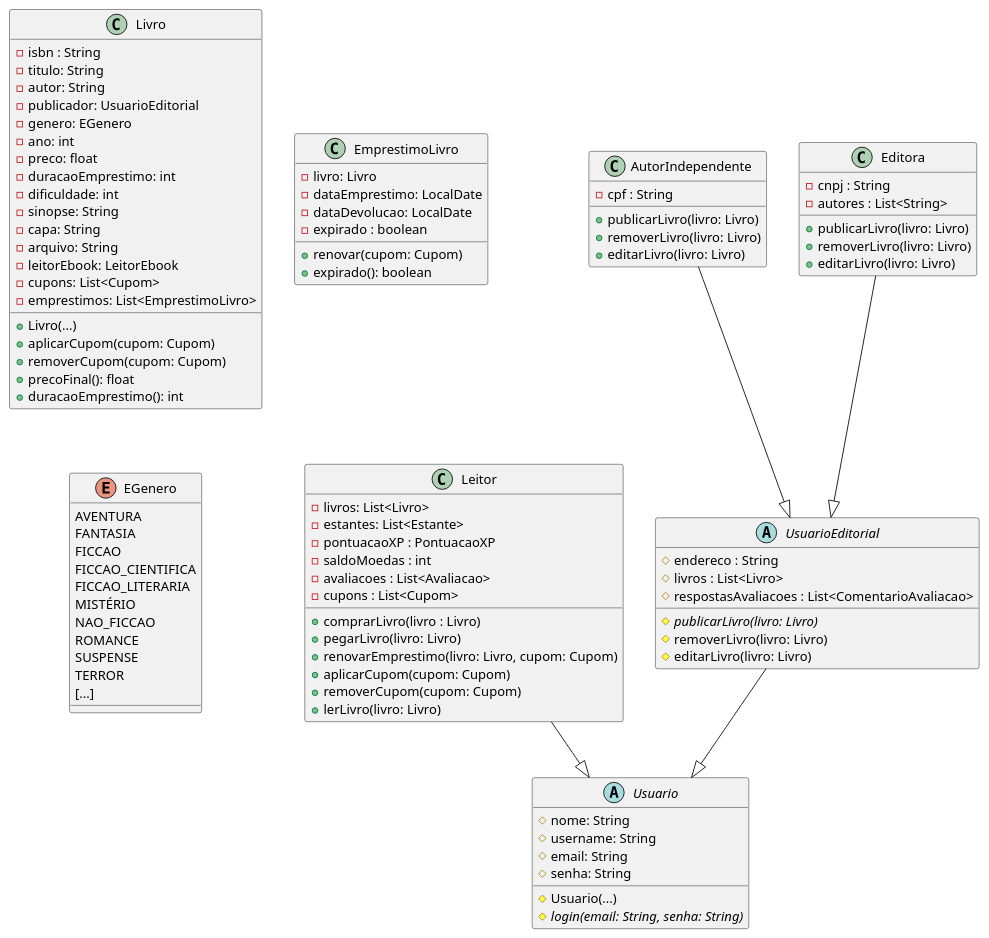
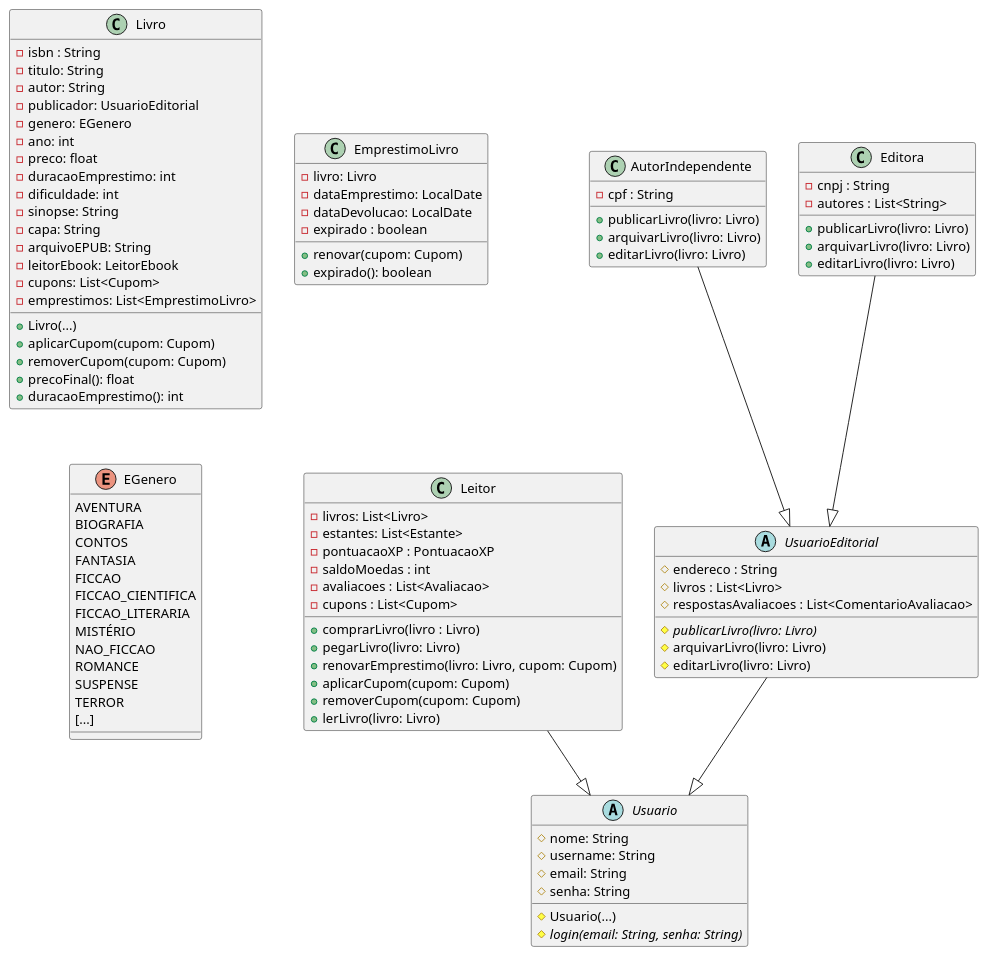
Before and after one commit to jalv21/iLib: the diagram in docs/codigo-plantuml/diagrama-classe.puml, drawn with PlantUML.

Commit message:
docs/alterando métodos do CRUD de livros

```diff
--- a/docs/codigo-plantuml/diagrama-classe.puml
+++ b/docs/codigo-plantuml/diagrama-classe.puml
@@ -1,105 +1,107 @@
 @startuml diagrama-de-classes
 
 ' Usuários e suas funções e permissões no sistema
 
 abstract class Usuario {
     # nome: String
     # username: String
     # email: String
     # senha: String
     # Usuario(...)
     # login(email: String, senha: String) {abstract}
 }
 
 class Leitor {
     - livros: List<Livro>
     - estantes: List<Estante>
     - pontuacaoXP : PontuacaoXP
     - saldoMoedas : int
     - avaliacoes : List<Avaliacao>
     - cupons : List<Cupom>
     + comprarLivro(livro : Livro)
     + pegarLivro(livro: Livro)
     + renovarEmprestimo(livro: Livro, cupom: Cupom)
     + aplicarCupom(cupom: Cupom)
     + removerCupom(cupom: Cupom)
     + lerLivro(livro: Livro)
 }
 Leitor --|> Usuario
 
 abstract class UsuarioEditorial {
     # endereco : String
     # livros : List<Livro>
     # respostasAvaliacoes : List<ComentarioAvaliacao>
     # publicarLivro(livro: Livro) {abstract}
-    # removerLivro(livro: Livro)
+    # arquivarLivro(livro: Livro)
     # editarLivro(livro: Livro)
 }
 UsuarioEditorial --|> Usuario
 
 class AutorIndependente {
     - cpf : String
     + publicarLivro(livro: Livro)
-    + removerLivro(livro: Livro)
+    + arquivarLivro(livro: Livro)
     + editarLivro(livro: Livro)
 }
 AutorIndependente --|> UsuarioEditorial
 
 class Editora {
     - cnpj : String
     - autores : List<String>
     + publicarLivro(livro: Livro)
-    + removerLivro(livro: Livro)
+    + arquivarLivro(livro: Livro)
     + editarLivro(livro: Livro)
 }
 Editora --|> UsuarioEditorial
 
 ' Livros, compras e empréstimos
 
 class Livro {
     - isbn : String
     - titulo: String
     - autor: String
     - publicador: UsuarioEditorial
     - genero: EGenero
     - ano: int
     - preco: float
     - duracaoEmprestimo: int
     - dificuldade: int
     - sinopse: String
     - capa: String
-    - arquivo: String
+    - arquivoEPUB: String
     - leitorEbook: LeitorEbook
     - cupons: List<Cupom>
     - emprestimos: List<EmprestimoLivro>
     + Livro(...)
     + aplicarCupom(cupom: Cupom)
     + removerCupom(cupom: Cupom)
     + precoFinal(): float
     + duracaoEmprestimo(): int
 }
 
 class EmprestimoLivro {
     - livro: Livro
     - dataEmprestimo: LocalDate
     - dataDevolucao: LocalDate
     - expirado : boolean
     + renovar(cupom: Cupom)
     + expirado(): boolean
 }
 
 enum EGenero {
     AVENTURA
+    BIOGRAFIA
+    CONTOS
     FANTASIA
     FICCAO
     FICCAO_CIENTIFICA
     FICCAO_LITERARIA
     MISTÉRIO
     NAO_FICCAO
     ROMANCE
     SUSPENSE
     TERROR
     [...]
 }
 
 @enduml
```
